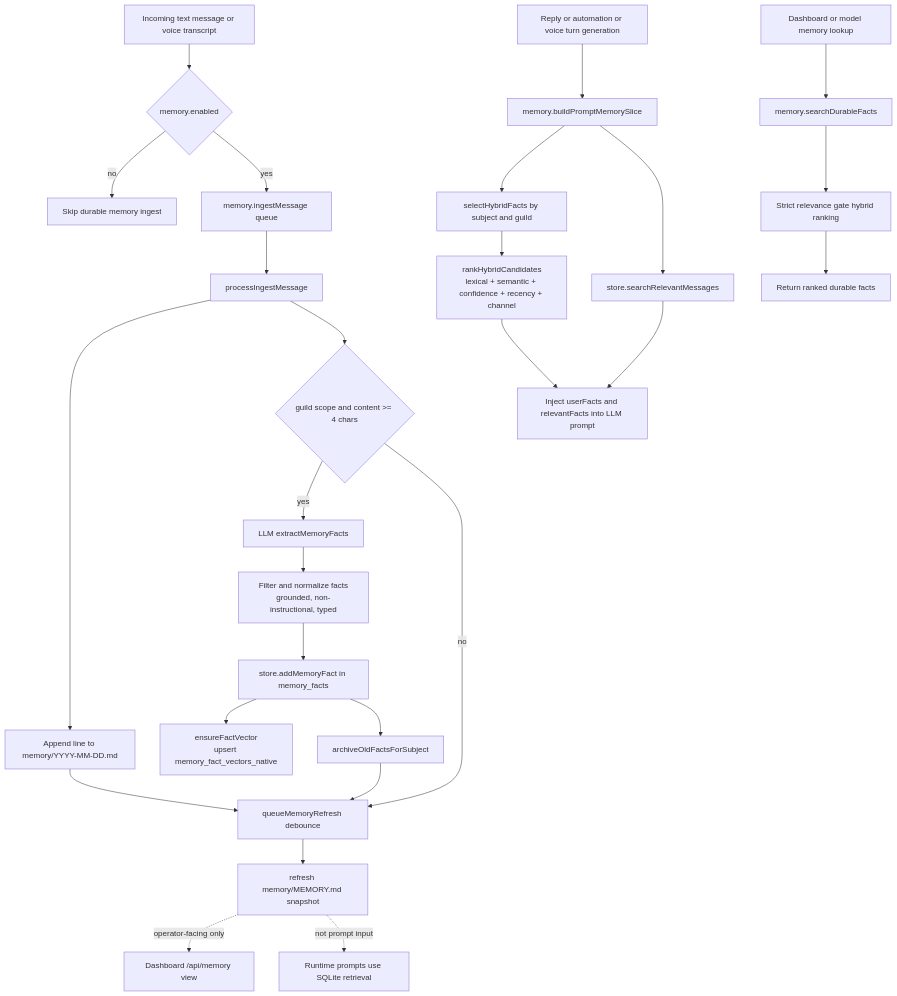
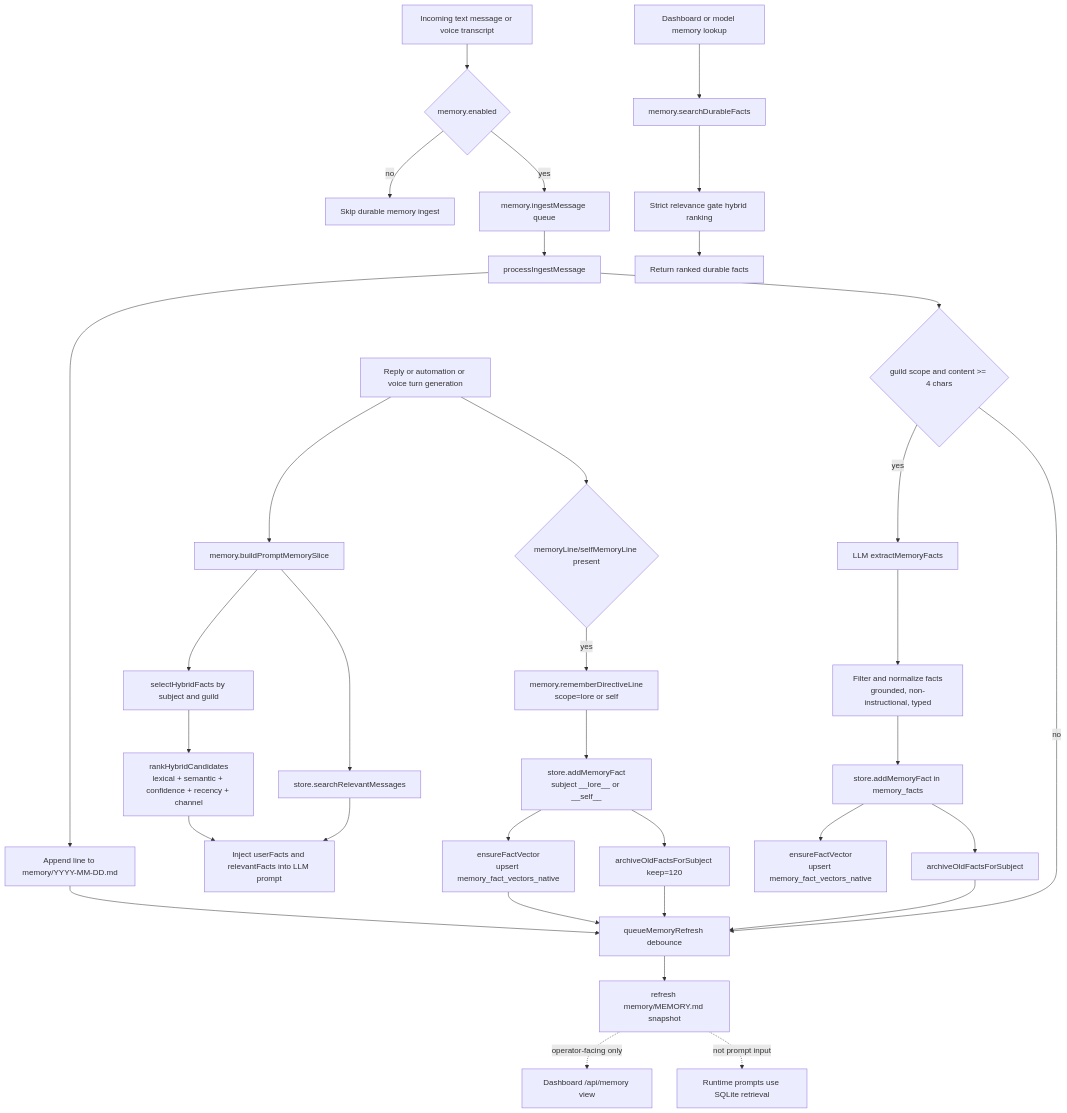
One commit to Volpestyle/clanker_conk changed the diagram in docs/diagrams/memory-system-flow.mmd. Above: the diagram before and after it, drawn with Mermaid. The commit also changed 17 other files, not shown here.

```diff
--- a/docs/diagrams/memory-system-flow.mmd
+++ b/docs/diagrams/memory-system-flow.mmd
@@ -1,30 +1,37 @@
 flowchart TD
     A[Incoming text message or voice transcript] --> B{memory.enabled}
     B -- no --> N0[Skip durable memory ingest]
     B -- yes --> C[memory.ingestMessage queue]
     C --> D[processIngestMessage]
     D --> E[Append line to memory/YYYY-MM-DD.md]
     D --> F{guild scope and content >= 4 chars}
     F -- yes --> G[LLM extractMemoryFacts]
     G --> H[Filter and normalize facts<br/>grounded, non-instructional, typed]
     H --> I[store.addMemoryFact in memory_facts]
     I --> J[ensureFactVector<br/>upsert memory_fact_vectors_native]
     I --> K[archiveOldFactsForSubject]
     F -- no --> L
     K --> L[queueMemoryRefresh debounce]
     E --> L
     L --> M[refresh memory/MEMORY.md snapshot]
 
     R[Reply or automation or voice turn generation] --> S[memory.buildPromptMemorySlice]
     S --> T[selectHybridFacts by subject and guild]
     T --> U[rankHybridCandidates<br/>lexical + semantic + confidence + recency + channel]
     S --> V[store.searchRelevantMessages]
     U --> W[Inject userFacts and relevantFacts into LLM prompt]
     V --> W
+    R --> AD{memoryLine/selfMemoryLine present}
+    AD -- yes --> AE[memory.rememberDirectiveLine<br/>scope=lore or self]
+    AE --> AF[store.addMemoryFact<br/>subject __lore__ or __self__]
+    AF --> AG[ensureFactVector<br/>upsert memory_fact_vectors_native]
+    AF --> AH[archiveOldFactsForSubject keep=120]
+    AG --> L
+    AH --> L
 
     X[Dashboard or model memory lookup] --> Y[memory.searchDurableFacts]
     Y --> Z[Strict relevance gate hybrid ranking]
     Z --> AA[Return ranked durable facts]
 
     M -. operator-facing only .-> AB[Dashboard /api/memory view]
     M -. not prompt input .-> AC[Runtime prompts use SQLite retrieval]
```
